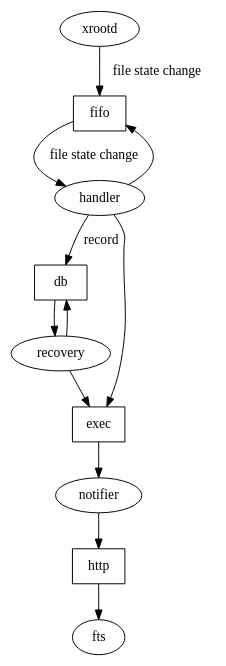
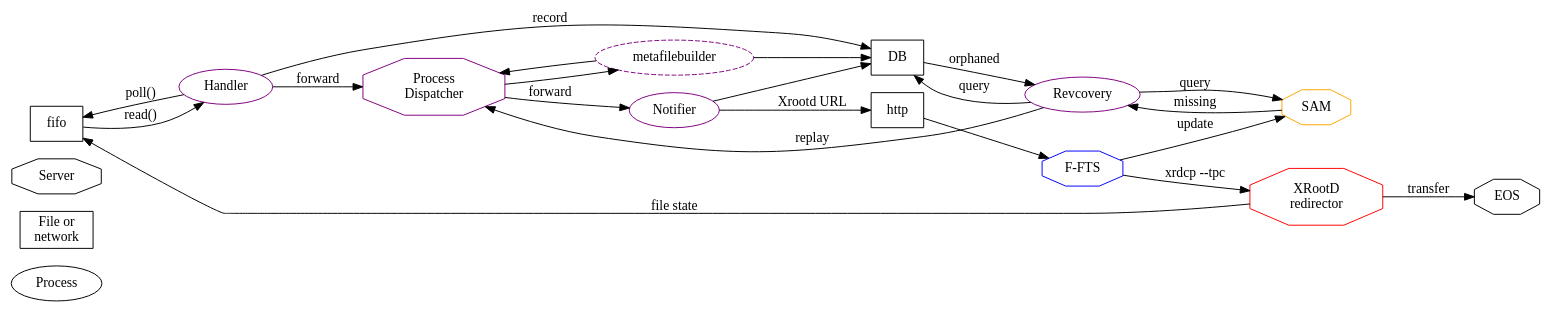
One commit to nektar21/protodune-raw-data-mgt changed the diagram in notifier.dot. Above: the diagram before and after it, drawn with Graphviz.

Commit message:
More words

```diff
--- a/notifier.dot
+++ b/notifier.dot
@@ -1,13 +1,45 @@
 digraph pdrnotifier {
+	rankdir=LR;
+	
+	processes[label="Process"];
+	file[label="File or\nnetwork",shape=box];
+	server[label="Server",shape=octagon];
+
+
 	fifo[shape=box];
-	db[shape=box];
-	exec[shape=box];
+	db[shape=box, label="DB"];
+	xrootd[shape=octagon,label="XRootD\nredirector",color=red]
+	eos[shape=octagon,label="EOS"]
+
+	fts[shape=octagon,label="F-FTS",color="blue"];
+	sam[shape=octagon,label="SAM",color="orange"];
 	http[shape=box];
 
-	xrootd->fifo->handler[label="file state change"];
+	exec[shape=octagon,label="Process\nDispatcher",color="purple"];
+	handler[label="Handler",color="purple"];
+	notifier[label="Notifier",color="purple"];
+	recovery[label="Revcovery",color="purple"];
+	metafilebuilder[style=dashed,color="purple"];
+	
+
+	xrootd->fifo[label="file state"];
+	fifo->handler[label="read()"];
 	handler->db[label="record"];
-	handler->fifo;
-	handler->exec->notifier->http->fts;
-	recovery->db->recovery->exec;
+	handler->fifo[label="poll()"];
+	handler->exec[label="forward"];
+	exec->notifier[label="forward"];
+	notifier->http[label="Xrootd URL"];
+	http->fts;
+	notifier->db;
+	recovery->db[label="query"];
+	db->recovery[label="orphaned"];
+	recovery->exec[label="replay"];
+	recovery->sam[label="query"];
+	sam->recovery[label="missing"];
+	exec->metafilebuilder->db;
+	metafilebuilder->exec;
+	fts->xrootd[label="xrdcp --tpc"];
+	fts->sam[label="update"];
 	
+	xrootd->eos[label="transfer"];
 }
```
